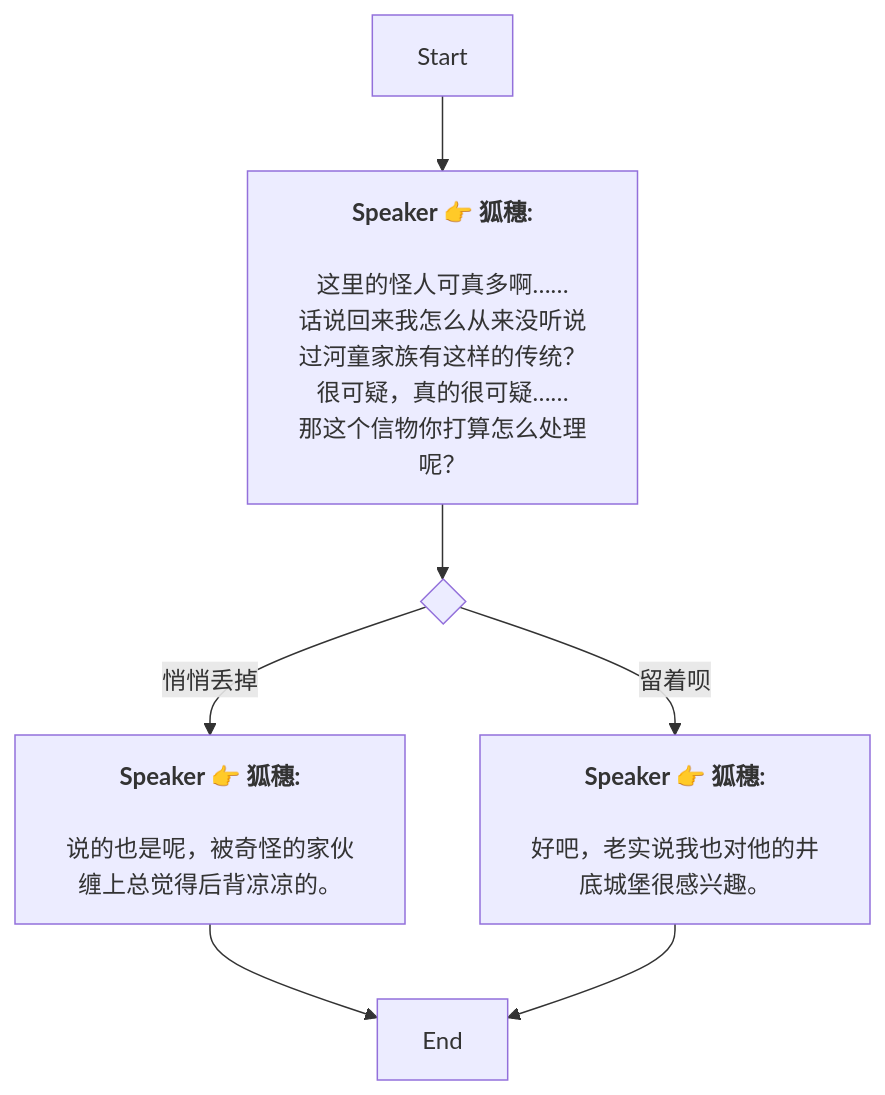
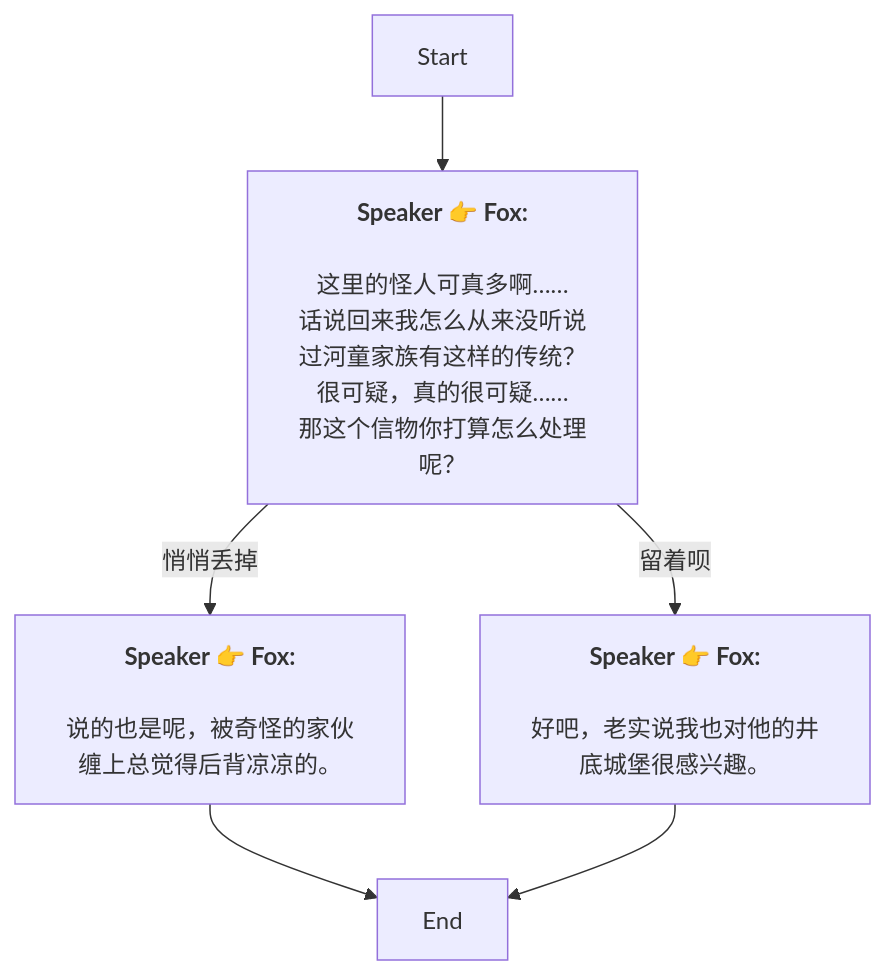
The diagram in Zh/AddDialogNode_1739767335847315.md (SoftHu/tos_avg), drawn with Mermaid before and after one commit. The commit also changed 737 other files, not shown here.

````diff
--- a/Zh/AddDialogNode_1739767335847315.md
+++ b/Zh/AddDialogNode_1739767335847315.md
@@ -1,19 +1,14 @@
 ```mermaid
 graph
-Start -->1739767866078614[<b>Speaker 👉 狐穗:</b>
-
-这里的怪人可真多啊……
-话说回来我怎么从来没听说过河童家族有这样的传统？
-很可疑，真的很可疑……
+Start -->1739767866078614[<b>Speaker 👉 Fox:</b>
+\n这里的怪人可真多啊……
+话说回来我怎么从来没听说过河童家族有这样的传统？\n很可疑，真的很可疑……
 那这个信物你打算怎么处理呢？]
-1739767866078614 -->1739768463413655{ }
-1739768463413655 -->|悄悄丢掉|1739769210485148[<b>Speaker 👉 狐穗:</b>
-
-说的也是呢，被奇怪的家伙缠上总觉得后背凉凉的。]
-1739768463413655 -->|留着呗|1739769214963101[<b>Speaker 👉 狐穗:</b>
-
-好吧，老实说我也对他的井底城堡很感兴趣。]
+1739767866078614 -->|悄悄丢掉|1739769210485148[<b>Speaker 👉 Fox:</b>
+\n说的也是呢，被奇怪的家伙缠上总觉得后背凉凉的。]
+1739767866078614 -->|留着呗|1739769214963101[<b>Speaker 👉 Fox:</b>
+\n好吧，老实说我也对他的井底城堡很感兴趣。]
 1739769210485148 -->1739769433688478[End]
 1739769214963101 -->1739769433688478[End]
 
- ```
+```
````
